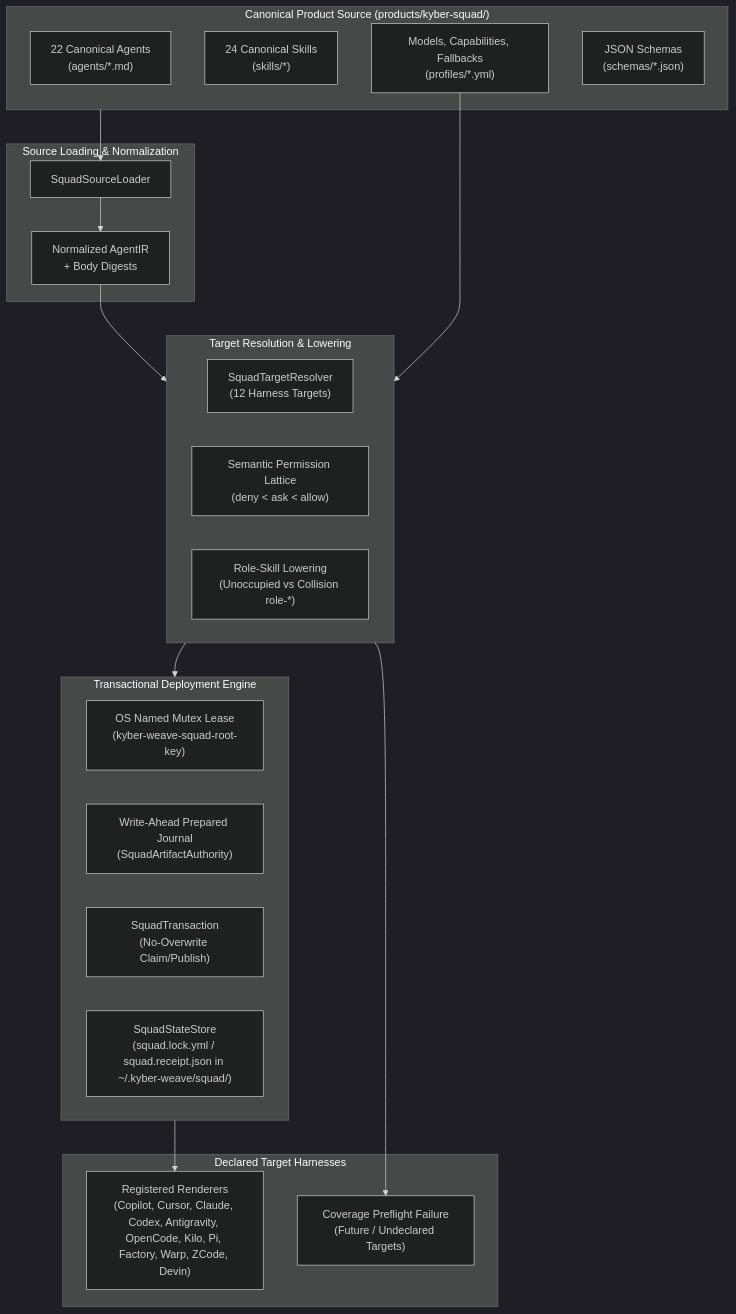
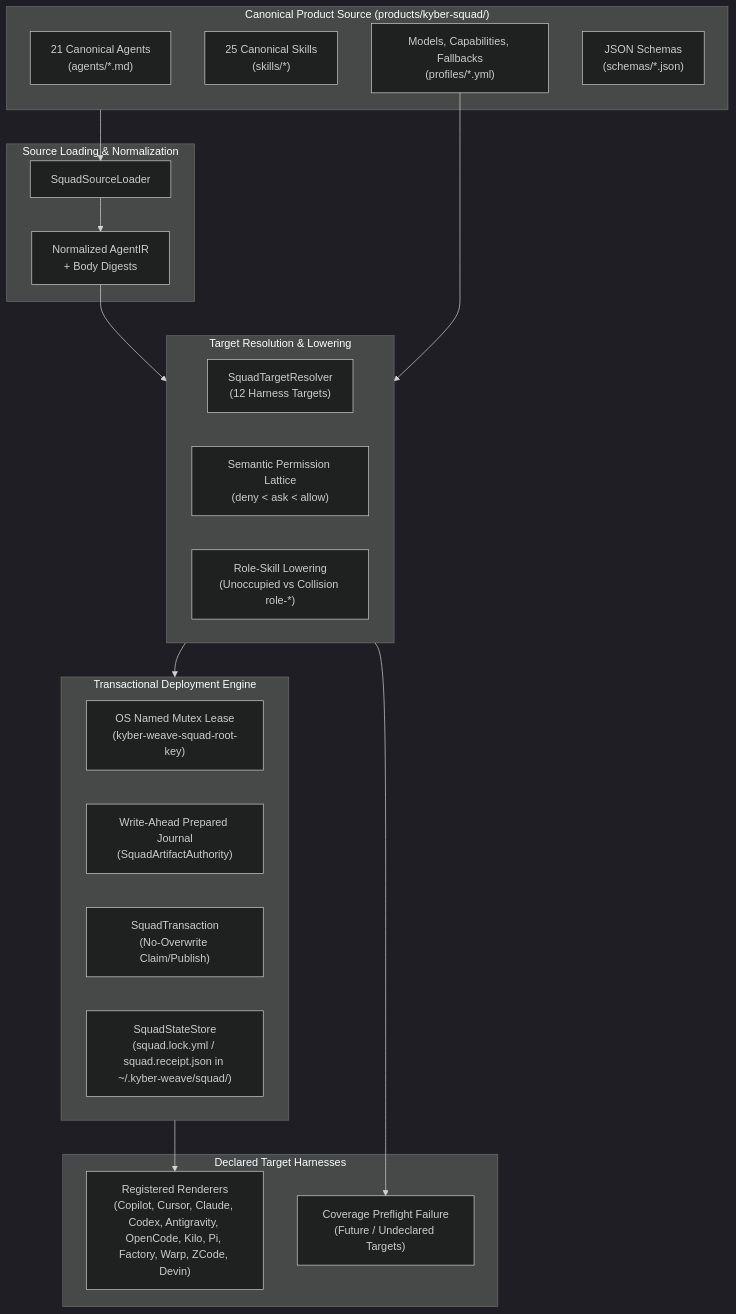
One commit to dpalfery/kyber-weave changed the first of 6 diagrams in docs/kyber-squad/architecture.md. Above: the diagram before and after it, drawn with Mermaid (dark theme). The commit also changed other lines of this file and 79 other files, not shown here.

````diff
--- a/docs/kyber-squad/architecture.md
+++ b/docs/kyber-squad/architecture.md
@@ -65,40 +65,40 @@
 ```mermaid
 flowchart TD
     subgraph CanonicalSource["Canonical Product Source (products/kyber-squad/)"]
-        Agents["22 Canonical Agents\n(agents/*.md)"]
-        Skills["24 Canonical Skills\n(skills/*)"]
+        Agents["21 Canonical Agents\n(agents/*.md)"]
+        Skills["25 Canonical Skills\n(skills/*)"]
         Profiles["Models, Capabilities, Fallbacks\n(profiles/*.yml)"]
         Schemas["JSON Schemas\n(schemas/*.json)"]
     end
 
     subgraph Loader["Source Loading & Normalization"]
         SquadSourceLoader["SquadSourceLoader"]
         AgentIR["Normalized AgentIR\n+ Body Digests"]
     end
 
     subgraph Compiler["Target Resolution & Lowering"]
         SquadTargetResolver["SquadTargetResolver\n(12 Harness Targets)"]
         Lattice["Semantic Permission Lattice\n(deny < ask < allow)"]
         Lowering["Role-Skill Lowering\n(Unoccupied vs Collision role-*)"]
     end
 
     subgraph DeploymentEngine["Transactional Deployment Engine"]
         Mutex["OS Named Mutex Lease\n(kyber-weave-squad-root-key)"]
         Journal["Write-Ahead Prepared Journal\n(SquadArtifactAuthority)"]
         Transaction["SquadTransaction\n(No-Overwrite Claim/Publish)"]
         StateStore["SquadStateStore\n(squad.lock.yml / squad.receipt.json in ~/.kyber-weave/squad/)"]
     end
 
     subgraph TargetHarnesses["Declared Target Harnesses"]
         RegisteredTargets["Registered Renderers\n(Copilot, Cursor, Claude, Codex, Antigravity, OpenCode, Kilo, Pi, Factory, Warp, ZCode, Devin)"]
         UnsupportedTargets["Coverage Preflight Failure\n(Future / Undeclared Targets)"]
     end
 
     CanonicalSource --> SquadSourceLoader
     SquadSourceLoader --> AgentIR
     AgentIR --> Compiler
     Profiles --> Compiler
     Compiler --> DeploymentEngine
     DeploymentEngine --> RegisteredTargets
     Compiler --> UnsupportedTargets
 ```
````
